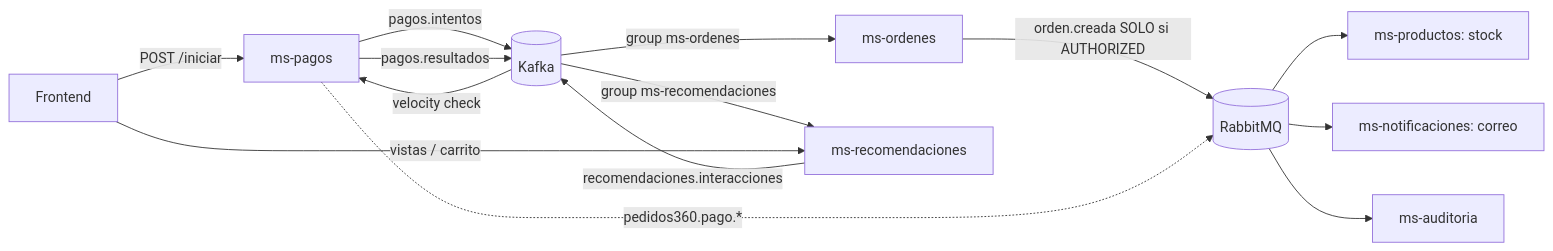
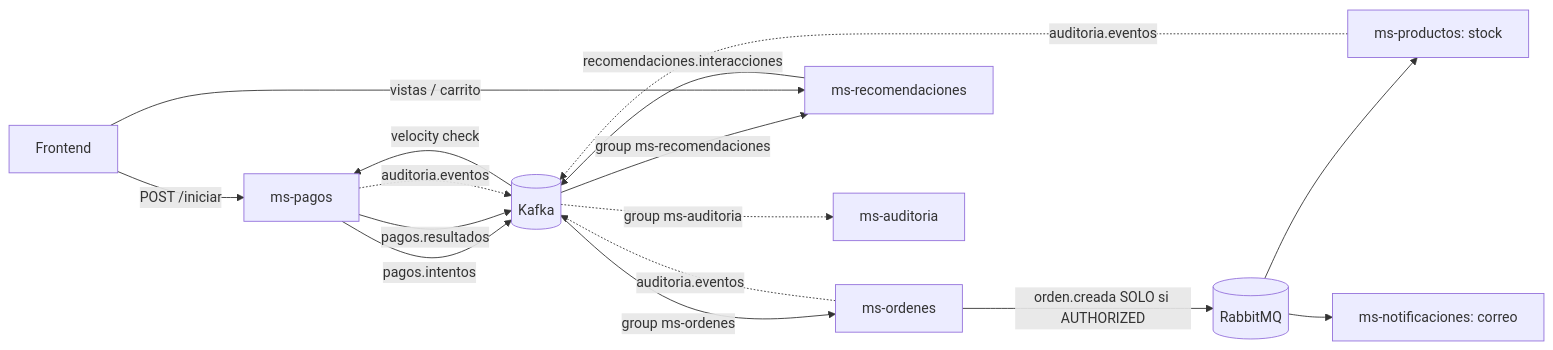
Before and after one commit to EliecerSH/Backend_dev03: the diagram in docs/RABBITMQ_VS_KAFKA.md, drawn with Mermaid. The commit also changed other lines of this file and 27 other files, not shown here.

````diff
--- a/docs/RABBITMQ_VS_KAFKA.md
+++ b/docs/RABBITMQ_VS_KAFKA.md
@@ -49,16 +81,18 @@
 ```mermaid
 flowchart LR
     FE[Frontend] -->|POST /iniciar| PAG[ms-pagos]
     PAG -->|pagos.intentos| K[(Kafka)]
     K -->|velocity check| PAG
     PAG -->|pagos.resultados| K
     K -->|group ms-ordenes| ORD[ms-ordenes]
     K -->|group ms-recomendaciones| REC[ms-recomendaciones]
     FE -->|vistas / carrito| REC
     REC -->|recomendaciones.interacciones| K
     ORD -->|orden.creada SOLO si AUTHORIZED| R[(RabbitMQ)]
     R --> STK[ms-productos: stock]
     R --> NOT[ms-notificaciones: correo]
-    R --> AUD[ms-auditoria]
-    PAG -.->|pedidos360.pago.*| R
+    ORD -.->|auditoria.eventos| K
+    STK -.->|auditoria.eventos| K
+    PAG -.->|auditoria.eventos| K
+    K -.->|group ms-auditoria| AUD[ms-auditoria]
 ```
````
